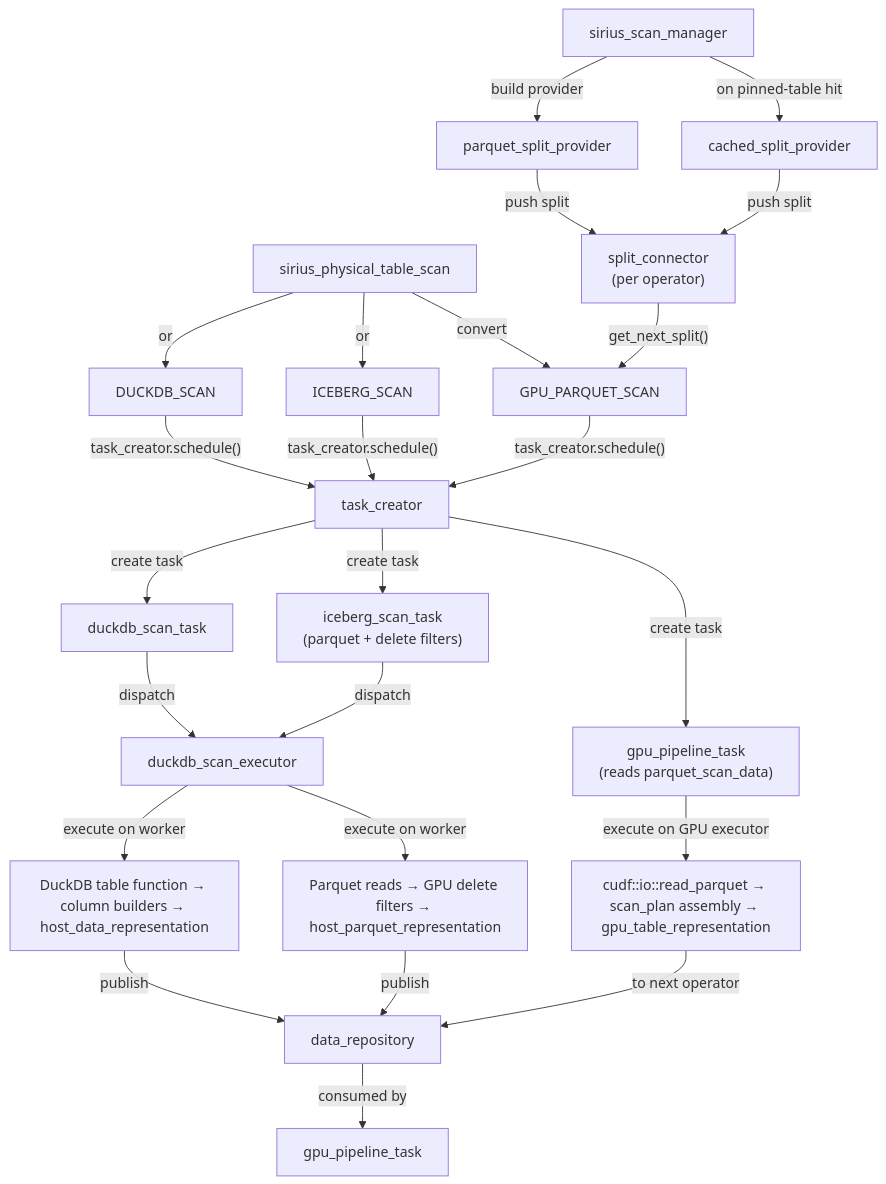
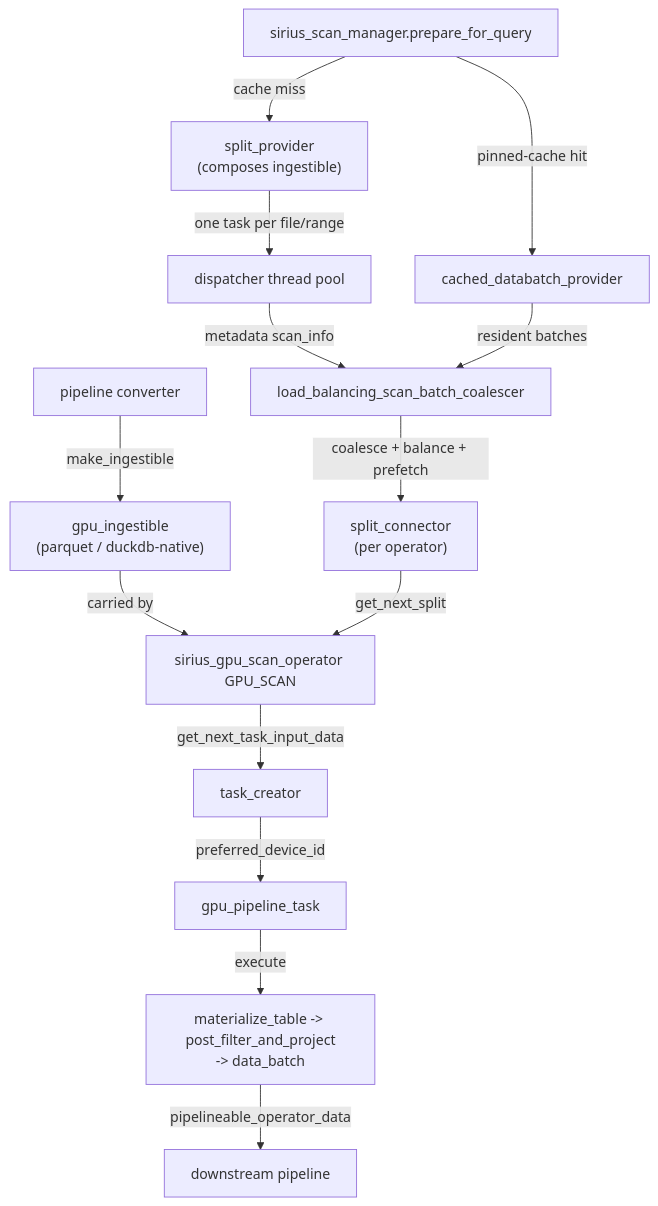
Before and after one commit to sirius-db/sirius: the diagram in docs/super-sirius/scan.md, drawn with Mermaid. The commit also changed other lines of this file and 13 other files, not shown here.

````diff
--- a/docs/super-sirius/scan.md
+++ b/docs/super-sirius/scan.md
@@ -490,34 +417,20 @@
 ```mermaid
 graph TD
-    TS[sirius_physical_table_scan] -->|"convert"| GPS[GPU_PARQUET_SCAN]
-    TS -->|"or"| DS[DUCKDB_SCAN]
-    TS -->|"or"| IS[ICEBERG_SCAN]
+    CONV[pipeline converter] -->|make_ingestible| ING["gpu_ingestible<br/>(parquet / duckdb-native)"]
+    ING -->|carried by| OP[sirius_gpu_scan_operator GPU_SCAN]
 
-    SM[sirius_scan_manager] -->|"build provider"| PSP[parquet_split_provider]
-    SM -->|"on pinned-table hit"| CSP[cached_split_provider]
+    SM[sirius_scan_manager.prepare_for_query] -->|cache miss| SP["split_provider<br/>(composes ingestible)"]
+    SM -->|pinned-cache hit| DBP[cached_databatch_provider]
 
-    PSP -->|"push split"| SC["split_connector<br/>(per operator)"]
-    CSP -->|"push split"| SC
-    SC -->|"get_next_split()"| GPS
+    SP -->|one task per file/range| DISP[dispatcher thread pool]
+    DISP -->|metadata scan_info| SEQ[load_balancing_scan_batch_coalescer]
+    DBP -->|resident batches| SEQ
 
-    DS -->|"task_creator.schedule()"| TC[task_creator]
-    IS -->|"task_creator.schedule()"| TC
-    GPS -->|"task_creator.schedule()"| TC
+    SEQ -->|coalesce + balance + prefetch| SC["split_connector<br/>(per operator)"]
+    SC -->|get_next_split| OP
 
-    TC -->|"create task"| DST[duckdb_scan_task]
-    TC -->|"create task"| GPT["gpu_pipeline_task<br/>(reads parquet_scan_data)"]
-    TC -->|"create task"| IST["iceberg_scan_task<br/>(parquet + delete filters)"]
-
-    DST -->|"dispatch"| SE[duckdb_scan_executor]
-    IST -->|"dispatch"| SE
-
-    SE -->|"execute on worker"| DST2[DuckDB table function → column builders → host_data_representation]
-    SE -->|"execute on worker"| IST2["Parquet reads → GPU delete filters → host_parquet_representation"]
-    GPT -->|"execute on GPU executor"| GPS2["cudf::io::read_parquet → scan_plan assembly → gpu_table_representation"]
-
-    DST2 -->|"publish"| DR[data_repository]
-    IST2 -->|"publish"| DR
-    GPS2 -->|"to next operator"| DR
-
-    DR -->|"consumed by"| GPT2[gpu_pipeline_task]
+    OP -->|get_next_task_input_data| TC[task_creator]
+    TC -->|preferred_device_id| GPT[gpu_pipeline_task]
+    GPT -->|execute| EX["materialize_table -> post_filter_and_project<br/>-> data_batch"]
+    EX -->|pipelineable_operator_data| NEXT[downstream pipeline]
 ```
````
